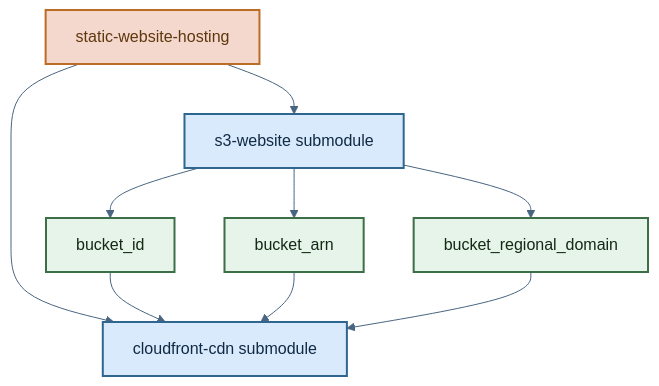
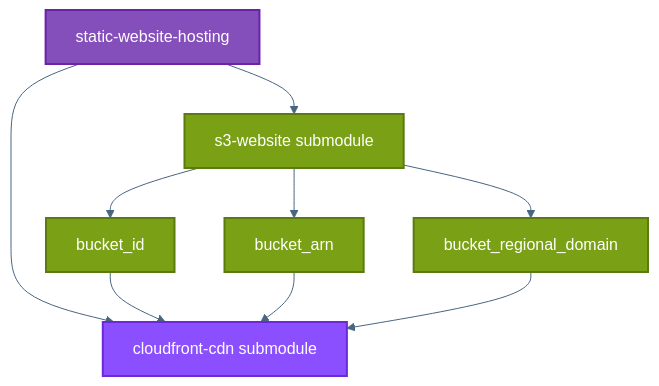
One commit to reiganarmstrong/check-split-mono changed the second of 2 diagrams in infra/modules/static-website-hosting/README.md. Above: the diagram before and after it, drawn with Mermaid. The commit also changed other lines of this file and 9 other files, not shown here.

First line of the commit message:
docs(readme): align architecture diagrams and hosting docs

````diff
--- a/infra/modules/static-website-hosting/README.md
+++ b/infra/modules/static-website-hosting/README.md
@@ -56,30 +58,32 @@
 ```mermaid
 ---
 config:
   theme: base
   themeVariables:
     primaryColor: "#E8EEF9"
     primaryTextColor: "#102A43"
     primaryBorderColor: "#486581"
     lineColor: "#486581"
     secondaryColor: "#E6F4EA"
     tertiaryColor: "#FFF4CC"
 ---
 flowchart TB
   M["static-website-hosting"] --> S["s3-website submodule"]
   M --> C["cloudfront-cdn submodule"]
   S --> O1["bucket_id"]
   S --> O2["bucket_arn"]
   S --> O3["bucket_regional_domain"]
   O1 --> C
   O2 --> C
   O3 --> C
 
-  classDef parent fill:#F4D8CD,stroke:#BC6C25,color:#5F370E,stroke-width:2px;
-  classDef child fill:#D9EAFD,stroke:#2F6690,color:#102A43,stroke-width:2px;
-  classDef output fill:#E6F4EA,stroke:#3C6E47,color:#132A13,stroke-width:2px;
+  classDef terraform fill:#844FBA,stroke:#6B21A8,color:#FFFFFF,stroke-width:2px;
+  classDef s3 fill:#7AA116,stroke:#5B7A10,color:#FFFFFF,stroke-width:2px;
+  classDef cloudfront fill:#8C4FFF,stroke:#6D28D9,color:#FFFFFF,stroke-width:2px;
+  classDef output fill:#7AA116,stroke:#5B7A10,color:#FFFFFF,stroke-width:2px;
 
-  class M parent;
-  class S,C child;
+  class M terraform;
+  class S s3;
+  class C cloudfront;
   class O1,O2,O3 output;
 ```
````
